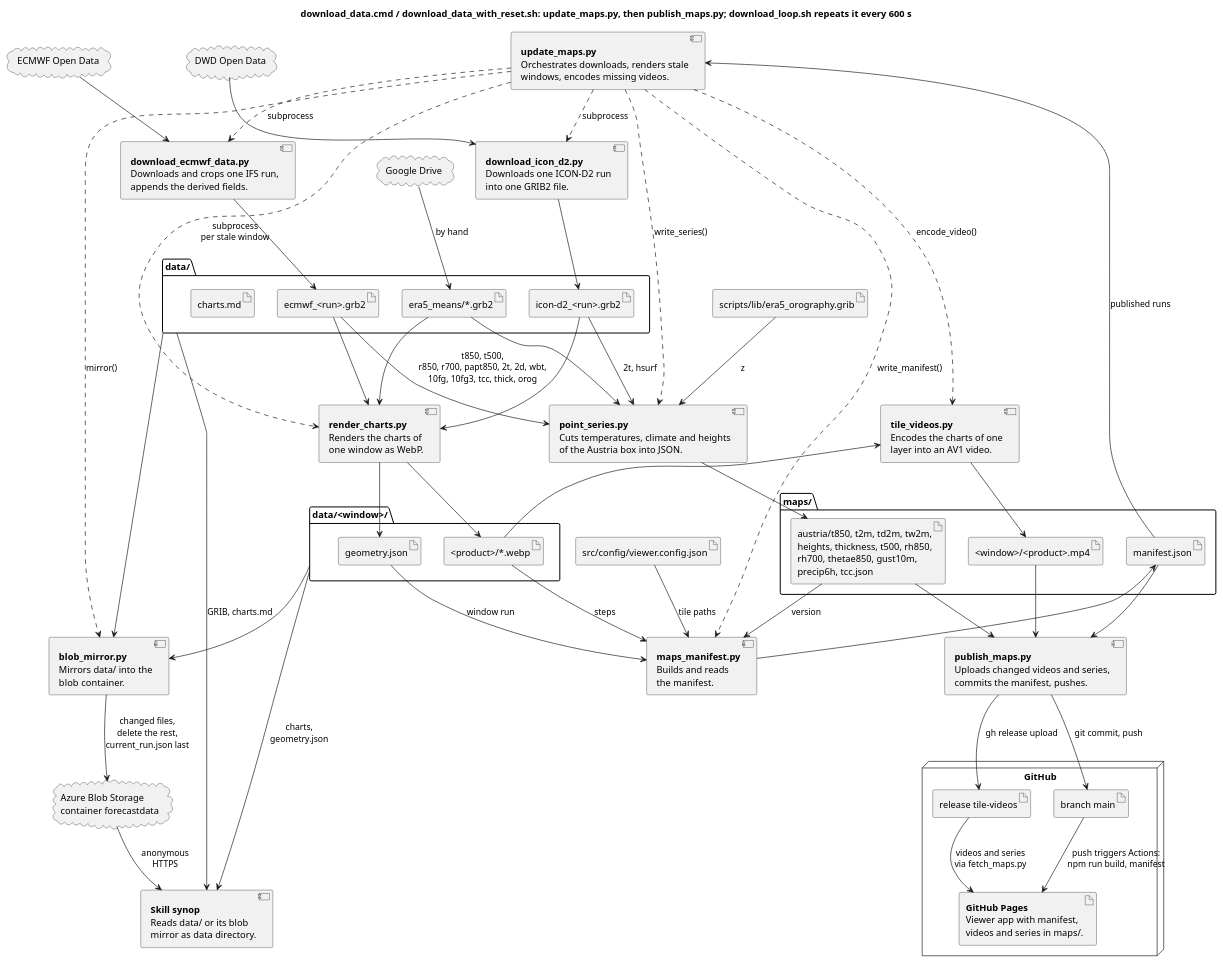
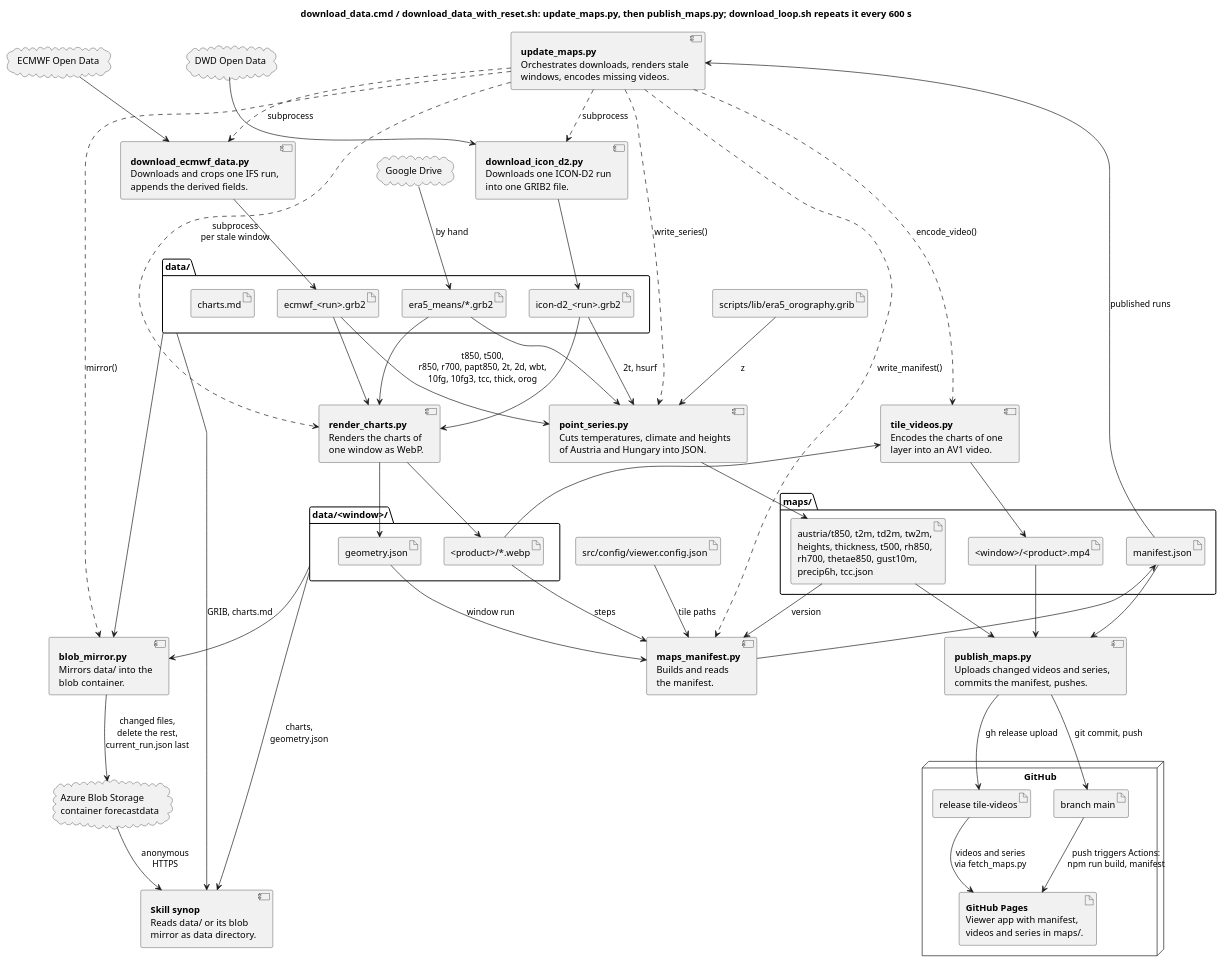
One commit to schletz/wetterkartenviewer changed the first of 5 diagrams in REFERENCE.scripts.md. Above: the diagram before and after it, drawn with PlantUML. The commit also changed other lines of this file and 10 other files, not shown here.

First line of the commit message:
Extend the ECMWF series to Austria and Hungary [skip ci]

```diff
--- a/REFERENCE.scripts.md
+++ b/REFERENCE.scripts.md
@@ -64,7 +64,7 @@
 component point_series [
  **point_series.py**
  Cuts temperatures, climate and heights
- of the Austria box into JSON.
+ of Austria and Hungary into JSON.
 ]
 component maps_manifest [
  **maps_manifest.py**
```
